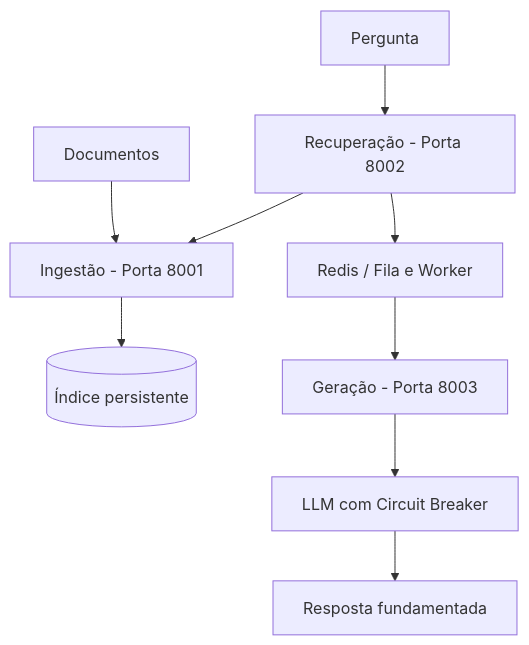
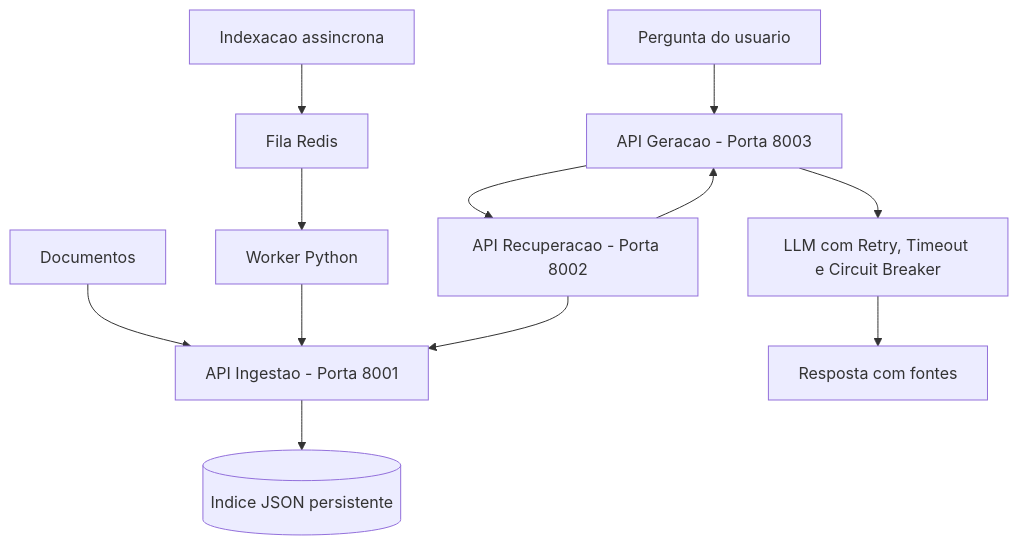
One commit to Julianaseith/sd-2026-2-kit-c2a2 changed the diagram in README.md. Above: the diagram before and after it, drawn with Mermaid. The commit also changed other lines of this file, not shown here.

Commit message:
Atualiza README com arquitetura e testes finais

````diff
--- a/README.md
+++ b/README.md
@@ -141,11 +142,16 @@
 ```mermaid
 flowchart TD
-    A[Documentos] --> B[Ingestão - Porta 8001]
-    B --> C[(Índice persistente)]
-    D[Pergunta] --> E[Recuperação - Porta 8002]
-    E --> B
-    E --> F[Redis / Fila e Worker]
-    F --> G[Geração - Porta 8003]
-    G --> H[LLM com Circuit Breaker]
-    H --> I[Resposta fundamentada]
+    A[Documentos] --> B[API Ingestao - Porta 8001]
+    B --> C[(Indice JSON persistente)]
+
+    D[Indexacao assincrona] --> E[Fila Redis]
+    E --> F[Worker Python]
+    F --> B
+
+    G[Pergunta do usuario] --> H[API Geracao - Porta 8003]
+    H --> I[API Recuperacao - Porta 8002]
+    I --> B
+    I --> H
+    H --> J[LLM com Retry, Timeout e Circuit Breaker]
+    J --> K[Resposta com fontes]
 ```
````
